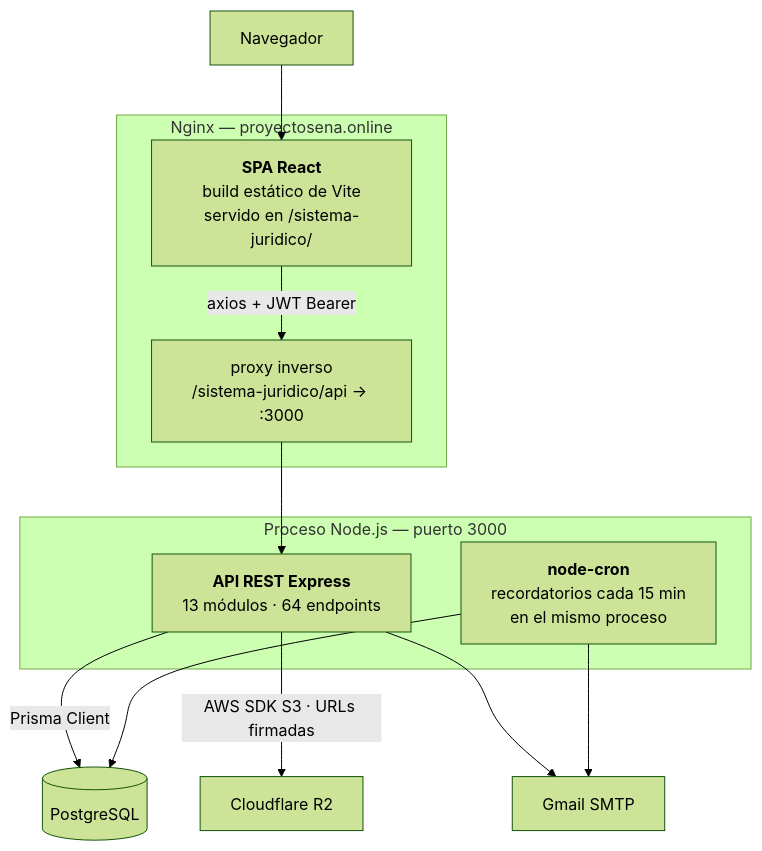
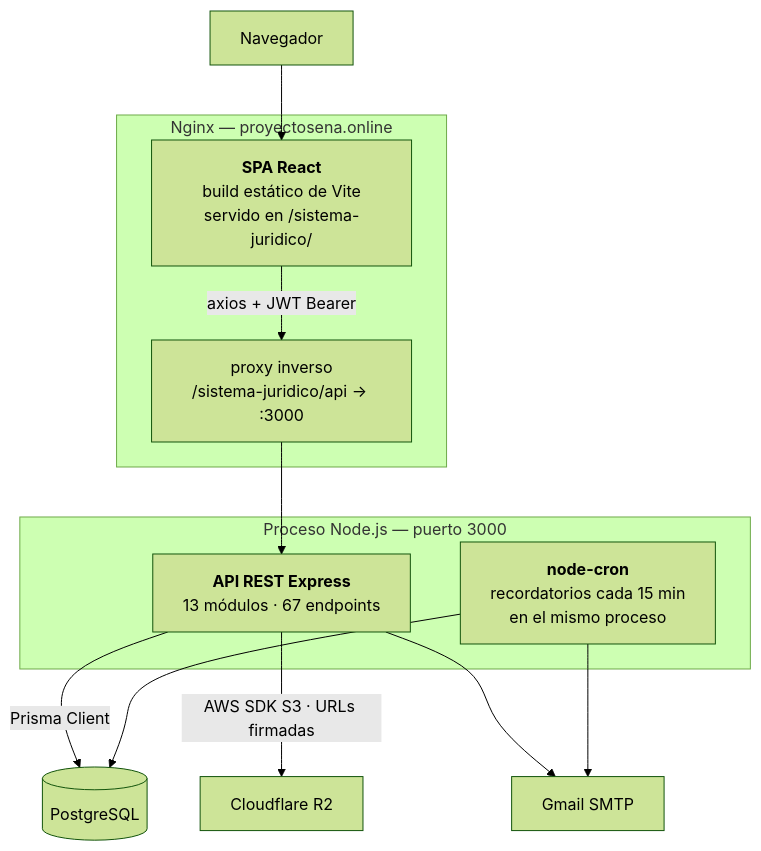
Before and after one commit to Aryannext/sistema-juridico: the second of 7 diagrams in docs/01-ARQUITECTURA.md, drawn with Mermaid (forest theme). The commit also changed other lines of this file and 17 other files, not shown here.

````diff
--- a/docs/01-ARQUITECTURA.md
+++ b/docs/01-ARQUITECTURA.md
@@ -94,27 +94,27 @@
 ```mermaid
 graph TB
     NAV["Navegador"]
 
     subgraph "Nginx — proyectosena.online"
         SPA["<b>SPA React</b><br/>build estático de Vite<br/>servido en /sistema-juridico/"]
         PROXY["proxy inverso<br/>/sistema-juridico/api → :3000"]
     end
 
     subgraph "Proceso Node.js — puerto 3000"
-        API["<b>API REST Express</b><br/>13 módulos · 64 endpoints"]
+        API["<b>API REST Express</b><br/>13 módulos · 67 endpoints"]
         CRON["<b>node-cron</b><br/>recordatorios cada 15 min<br/>en el mismo proceso"]
     end
 
     DB[("PostgreSQL")]
     R2["Cloudflare R2"]
     MAIL["Gmail SMTP"]
 
     NAV --> SPA
     SPA -->|"axios + JWT Bearer"| PROXY
     PROXY --> API
     API -->|"Prisma Client"| DB
     API -->|"AWS SDK S3 · URLs firmadas"| R2
     API --> MAIL
     CRON --> DB
     CRON --> MAIL
 ```
````
